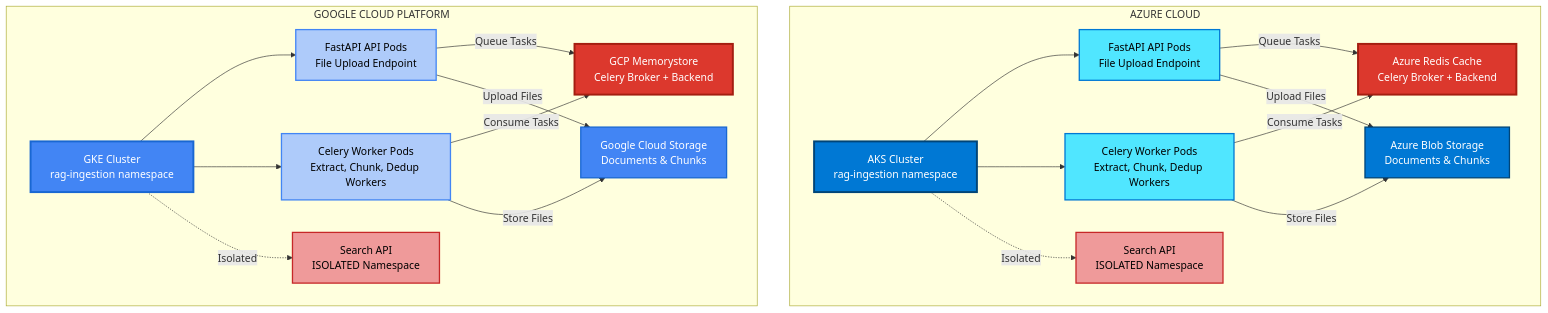
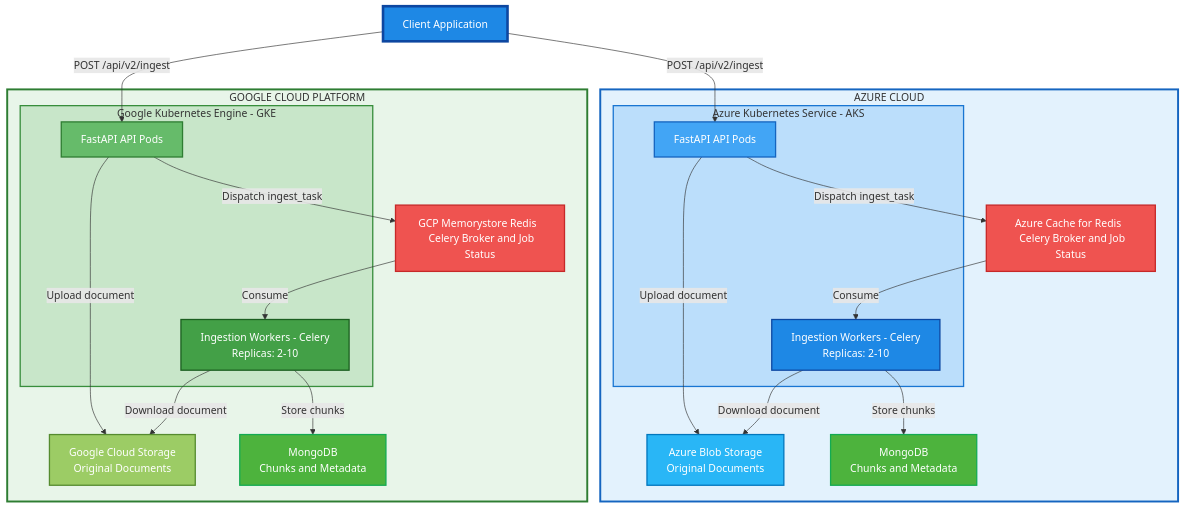
The first of 2 diagrams in docs/DESIGN.md (hmunjuluri05/rag-ingestion-api), drawn with Mermaid before and after one commit. The commit also changed other lines of this file and 14 other files, not shown here.

````diff
--- a/docs/DESIGN.md
+++ b/docs/DESIGN.md
@@ -143,61 +79,57 @@
 ```mermaid
 graph TB
-    subgraph Azure ["AZURE CLOUD"]
-        direction LR
+    Client["Client Application  "]
 
-        AKS_Cluster[AKS Cluster<br/>rag-ingestion namespace]
-        API_Pods_A[FastAPI API Pods<br/>File Upload Endpoint]
-        Worker_Pods_A[Celery Worker Pods<br/>Extract, Chunk, Dedup Workers]
-        Search_Pods_A[Search API<br/>ISOLATED Namespace]
-
-        Redis_A[Azure Redis Cache<br/>Celery Broker + Backend]
-        Blob_A[Azure Blob Storage<br/>Documents & Chunks]
-
-        AKS_Cluster --> API_Pods_A
-        AKS_Cluster --> Worker_Pods_A
-        AKS_Cluster -.->|Isolated| Search_Pods_A
-
-        API_Pods_A -->|Queue Tasks| Redis_A
-        Worker_Pods_A -->|Consume Tasks| Redis_A
-        Worker_Pods_A -->|Store Files| Blob_A
-        API_Pods_A -->|Upload Files| Blob_A
+    subgraph Azure["  AZURE CLOUD  "]
+        subgraph AKS["  Azure Kubernetes Service - AKS  "]
+            API_A["  FastAPI API Pods  "]
+            Workers_A["  Ingestion Workers - Celery  <br/>  Replicas: 2-10  "]
+        end
+        Redis_A["  Azure Cache for Redis  <br/>  Celery Broker and Job Status  "]
+        Blob_A["  Azure Blob Storage  <br/>  Original Documents  "]
+        MongoDB_A["  MongoDB  <br/>  Chunks and Metadata  "]
     end
 
-    subgraph GCP ["GOOGLE CLOUD PLATFORM"]
-        direction LR
-
-        GKE_Cluster[GKE Cluster<br/>rag-ingestion namespace]
-        API_Pods_G[FastAPI API Pods<br/>File Upload Endpoint]
-        Worker_Pods_G[Celery Worker Pods<br/>Extract, Chunk, Dedup Workers]
-        Search_Pods_G[Search API<br/>ISOLATED Namespace]
-
-        Redis_G[GCP Memorystore<br/>Celery Broker + Backend]
-        GCS_G[Google Cloud Storage<br/>Documents & Chunks]
-
-        GKE_Cluster --> API_Pods_G
-        GKE_Cluster --> Worker_Pods_G
-        GKE_Cluster -.->|Isolated| Search_Pods_G
-
-        API_Pods_G -->|Queue Tasks| Redis_G
-        Worker_Pods_G -->|Consume Tasks| Redis_G
-        Worker_Pods_G -->|Store Files| GCS_G
-        API_Pods_G -->|Upload Files| GCS_G
+    subgraph GCP["  GOOGLE CLOUD PLATFORM  "]
+        subgraph GKE["  Google Kubernetes Engine - GKE  "]
+            API_G["  FastAPI API Pods  "]
+            Workers_G["  Ingestion Workers - Celery  <br/>  Replicas: 2-10  "]
+        end
+        Redis_G["  GCP Memorystore Redis  <br/>  Celery Broker and Job Status  "]
+        GCS_G["  Google Cloud Storage  <br/>  Original Documents  "]
+        MongoDB_G["  MongoDB  <br/>  Chunks and Metadata  "]
     end
 
-    style AKS_Cluster fill:#0078D4,stroke:#004578,stroke-width:3px,color:#fff
-    style GKE_Cluster fill:#4285F4,stroke:#1967D2,stroke-width:3px,color:#fff
+    Client -->|POST /api/v2/ingest| API_A
+    Client -->|POST /api/v2/ingest| API_G
 
-    style API_Pods_A fill:#50E6FF,stroke:#0078D4,stroke-width:2px,color:#000
-    style Worker_Pods_A fill:#50E6FF,stroke:#0078D4,stroke-width:2px,color:#000
-    style Search_Pods_A fill:#EF9A9A,stroke:#C62828,stroke-width:2px,color:#000
+    API_A -->|Dispatch ingest_task| Redis_A
+    Redis_A -->|Consume| Workers_A
 
-    style API_Pods_G fill:#AECBFA,stroke:#4285F4,stroke-width:2px,color:#000
-    style Worker_Pods_G fill:#AECBFA,stroke:#4285F4,stroke-width:2px,color:#000
-    style Search_Pods_G fill:#EF9A9A,stroke:#C62828,stroke-width:2px,color:#000
+    API_A -->|Upload document| Blob_A
+    Workers_A -->|Download document| Blob_A
+    Workers_A -->|Store chunks| MongoDB_A
 
-    style Redis_A fill:#DC382D,stroke:#A41E11,stroke-width:3px,color:#fff
-    style Blob_A fill:#0078D4,stroke:#004578,stroke-width:2px,color:#fff
+    API_G -->|Dispatch ingest_task| Redis_G
+    Redis_G -->|Consume| Workers_G
 
-    style Redis_G fill:#DC382D,stroke:#A41E11,stroke-width:3px,color:#fff
-    style GCS_G fill:#4285F4,stroke:#1967D2,stroke-width:2px,color:#fff
+    API_G -->|Upload document| GCS_G
+    Workers_G -->|Download document| GCS_G
+    Workers_G -->|Store chunks| MongoDB_G
+
+    style Client fill:#1E88E5,stroke:#0D47A1,stroke-width:4px,color:#FFFFFF
+    style Azure fill:#E3F2FD,stroke:#1565C0,stroke-width:3px
+    style AKS fill:#BBDEFB,stroke:#1976D2,stroke-width:2px
+    style API_A fill:#42A5F5,stroke:#1565C0,stroke-width:2px,color:#FFFFFF
+    style Workers_A fill:#1E88E5,stroke:#0D47A1,stroke-width:2px,color:#FFFFFF
+    style Redis_A fill:#EF5350,stroke:#C62828,stroke-width:2px,color:#FFFFFF
+    style Blob_A fill:#29B6F6,stroke:#0277BD,stroke-width:2px,color:#FFFFFF
+    style MongoDB_A fill:#4DB33D,stroke:#13AA52,stroke-width:2px,color:#FFFFFF
+    style GCP fill:#E8F5E9,stroke:#2E7D32,stroke-width:3px
+    style GKE fill:#C8E6C9,stroke:#388E3C,stroke-width:2px
+    style API_G fill:#66BB6A,stroke:#2E7D32,stroke-width:2px,color:#FFFFFF
+    style Workers_G fill:#43A047,stroke:#1B5E20,stroke-width:2px,color:#FFFFFF
+    style Redis_G fill:#EF5350,stroke:#C62828,stroke-width:2px,color:#FFFFFF
+    style GCS_G fill:#9CCC65,stroke:#558B2F,stroke-width:2px,color:#FFFFFF
+    style MongoDB_G fill:#4DB33D,stroke:#13AA52,stroke-width:2px,color:#FFFFFF
 ```
````
